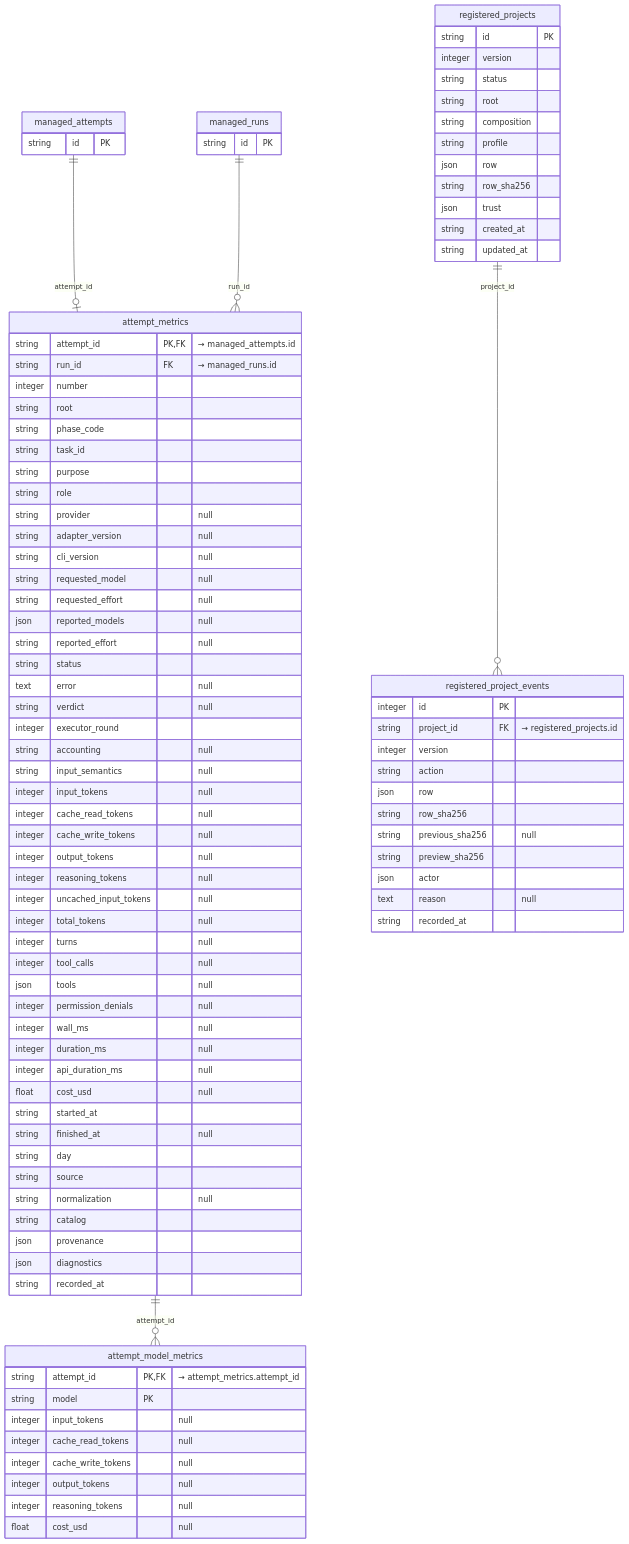
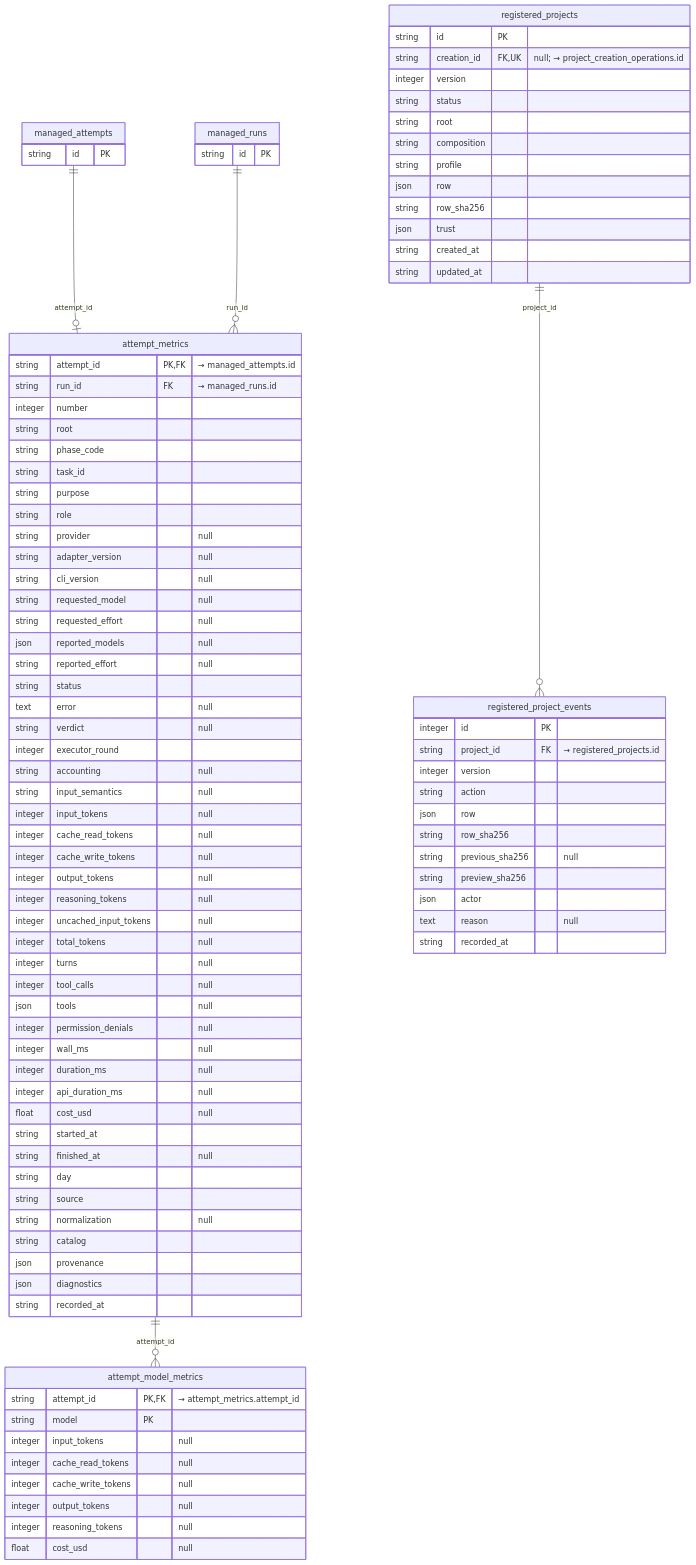
One commit to AcostaDDev/my-harness-archive changed the seventh of 8 diagrams in docs/DDBB-DIAGRAM.md. Above: the diagram before and after it, drawn with Mermaid. The commit also changed other lines of this file and 30 other files, not shown here.

```diff
--- a/docs/DDBB-DIAGRAM.md
+++ b/docs/DDBB-DIAGRAM.md
@@ -554,6 +554,7 @@
     }
     registered_projects {
         string id PK
+        string creation_id FK, UK "null; → project_creation_operations.id"
         integer version
         string status
         string root
```
